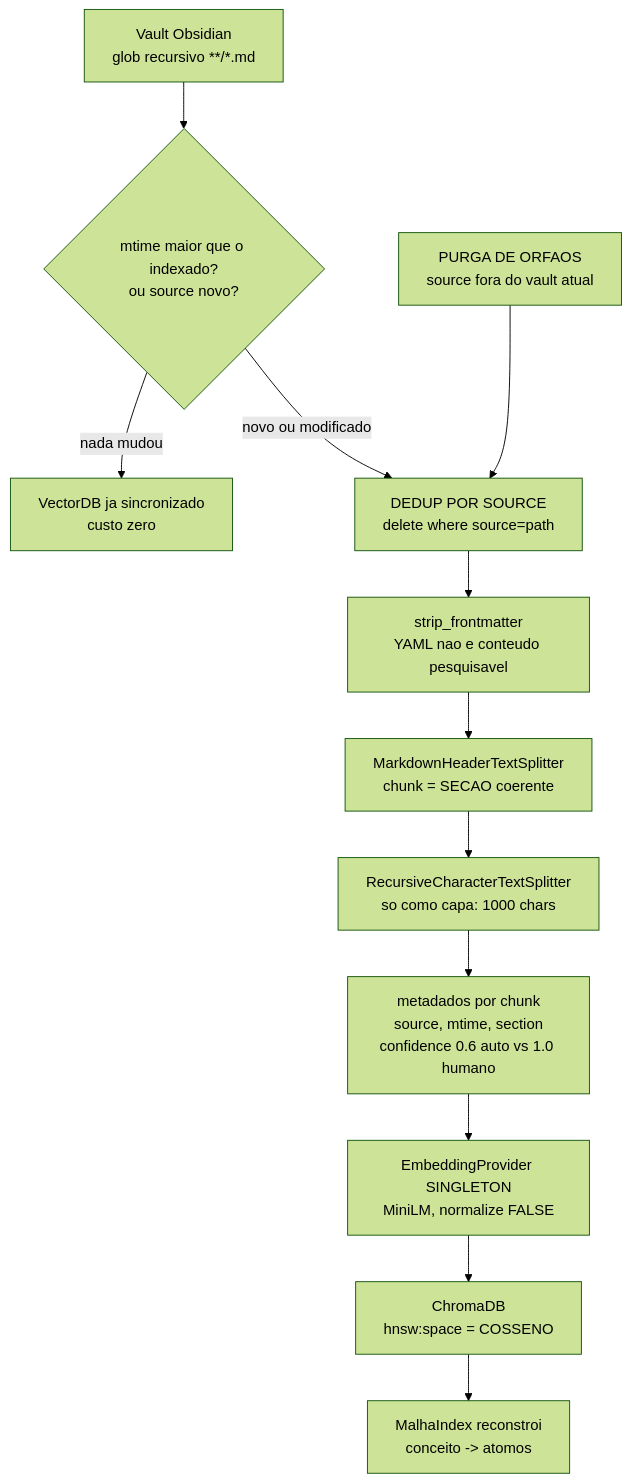
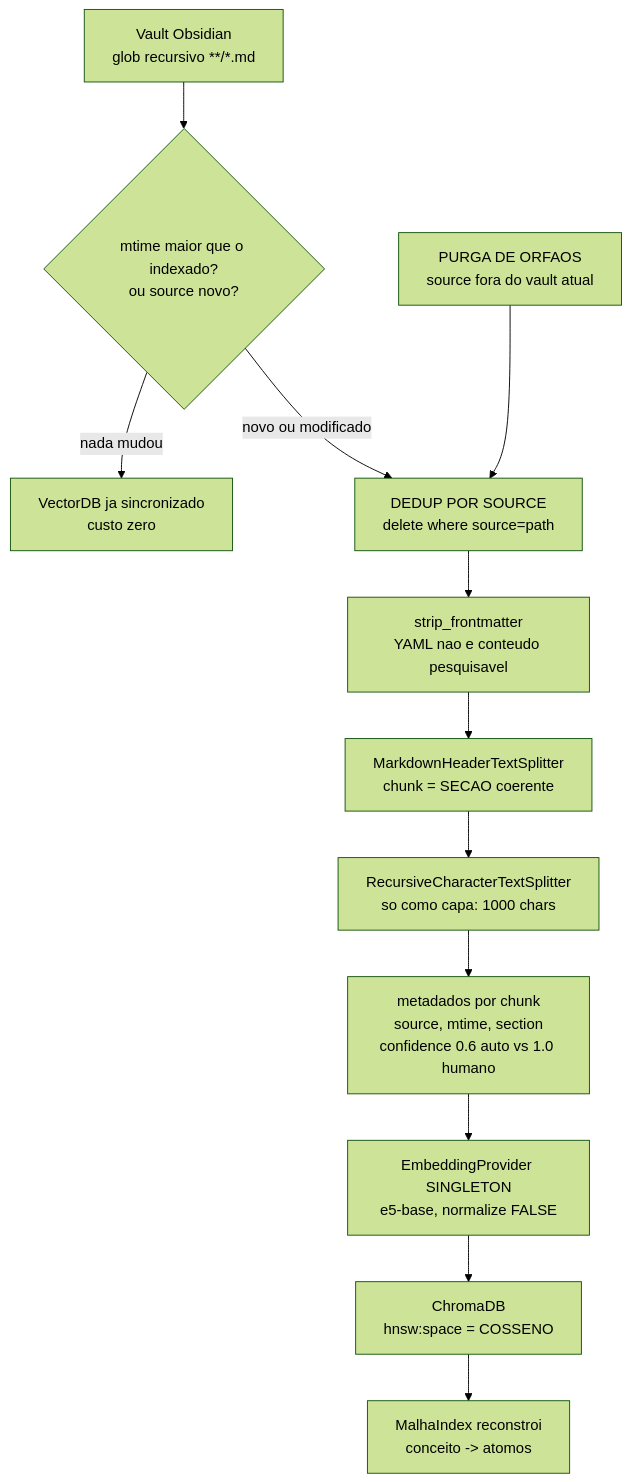
One commit to danielpvp22/mente_digital changed the sixth of 8 diagrams in README.md. Above: the diagram before and after it, drawn with Mermaid (forest theme). The commit also changed other lines of this file and 16 other files, not shown here.

````diff
--- a/README.md
+++ b/README.md
@@ -535,14 +553,14 @@
 ```mermaid
 flowchart TD
     V["Vault Obsidian<br/>glob recursivo **/*.md"] --> DIFF{"mtime maior que o indexado?<br/>ou source novo?"}
     DIFF -->|"nada mudou"| SKIP["VectorDB ja sincronizado<br/>custo zero"]
     ORF["PURGA DE ORFAOS<br/>source fora do vault atual"] --> DEL
     DIFF -->|"novo ou modificado"| DEL["DEDUP POR SOURCE<br/>delete where source=path"]
     DEL --> FM["strip_frontmatter<br/>YAML nao e conteudo pesquisavel"]
     FM --> HDR["MarkdownHeaderTextSplitter<br/>chunk = SECAO coerente"]
     HDR --> CAP["RecursiveCharacterTextSplitter<br/>so como capa: 1000 chars"]
     CAP --> META["metadados por chunk<br/>source, mtime, section<br/>confidence 0.6 auto vs 1.0 humano"]
-    META --> EMB["EmbeddingProvider SINGLETON<br/>MiniLM, normalize FALSE"]
+    META --> EMB["EmbeddingProvider SINGLETON<br/>e5-base, normalize FALSE"]
     EMB --> CHR["ChromaDB<br/>hnsw:space = COSSENO"]
     CHR --> MLH["MalhaIndex reconstroi<br/>conceito -> atomos"]
 ```
````
